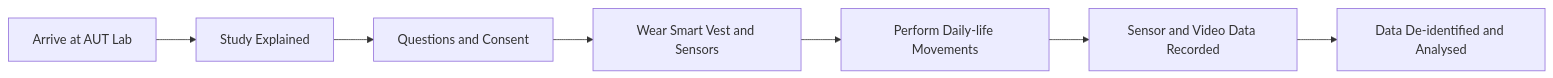
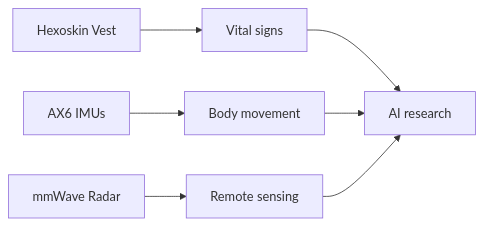
One commit to Ubiweb-lab/HDT-Intelligence changed the first of 6 diagrams in recruitment.md. Above: the diagram before and after it, drawn with Mermaid. The commit also changed other lines of this file, not shown here.

````diff
--- a/recruitment.md
+++ b/recruitment.md
@@ -189,9 +70,9 @@
 ```mermaid
 flowchart LR
-    A[Arrive at AUT Lab] --> B[Study Explained]
-    B --> C[Questions and Consent]
-    C --> D[Wear Smart Vest and Sensors]
-    D --> E[Perform Daily-life Movements]
-    E --> F[Sensor and Video Data Recorded]
-    F --> G[Data De-identified and Analysed]
+    A[Hexoskin Vest] --> D[Vital signs]
+    B[AX6 IMUs] --> E[Body movement]
+    C[mmWave Radar] --> F[Remote sensing]
+    D --> G[AI research]
+    E --> G
+    F --> G
 ```
````
